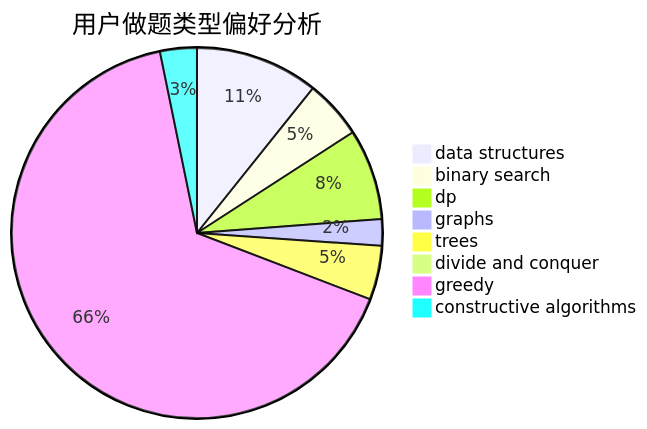
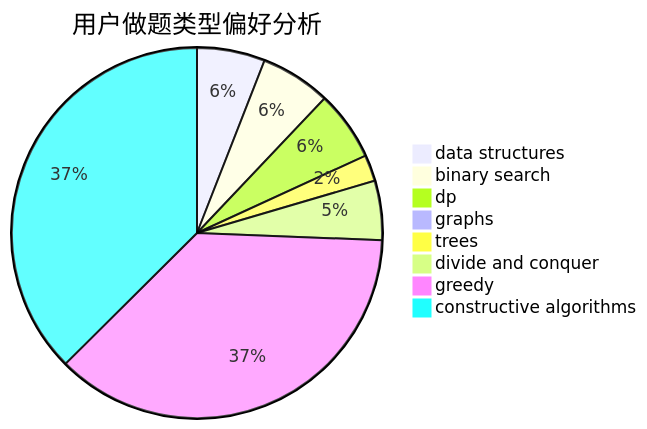
The second of 3 diagrams in docs/user/u2083.md (sherpahu/cfrs.github.io), drawn with Mermaid before and after one commit. The commit also changed other lines of this file and 2770 other files, not shown here.

````diff
--- a/docs/user/u2083.md
+++ b/docs/user/u2083.md
@@ -23,11 +23,11 @@
 ```mermaid
 pie title 用户做题类型偏好分析
-    "data structures" :  107
-    "binary search" :  51
-    "dp" :  79
-    "graphs" :  23
-    "trees" :  47
-    "divide and conquer" :  0
-    "greedy" :  657
-    "constructive algorithms" :  32
+    "data structures" :  124
+    "binary search" :  128
+    "dp" :  127
+    "graphs" :  13
+    "trees" :  48
+    "divide and conquer" :  108
+    "greedy" :  771
+    "constructive algorithms" :  782
 ```
````
